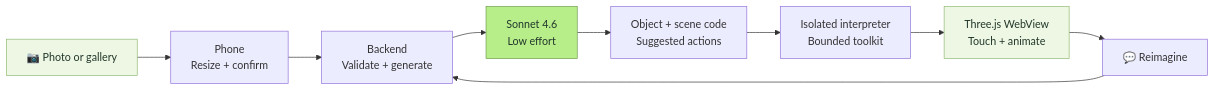
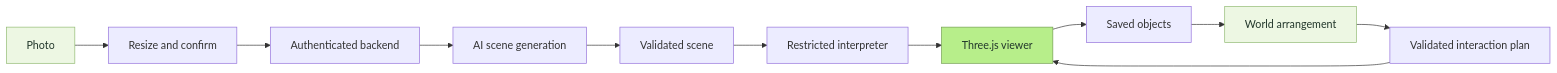
Before and after one commit to Martin-R-D/InteractiveWorld: the diagram in README.md, drawn with Mermaid. The commit also changed other lines of this file and 6 other files, not shown here.

````diff
--- a/README.md
+++ b/README.md
@@ -47,14 +148,16 @@
 ```mermaid
 flowchart LR
-    A["📷 Photo or gallery"] --> B["Phone\nResize + confirm"]
-    B --> C["Backend\nValidate + generate"]
-    C --> D["Sonnet 4.6\nLow effort"]
-    D --> E["Object + scene code\nSuggested actions"]
-    E --> F["Isolated interpreter\nBounded toolkit"]
-    F --> G["Three.js WebView\nTouch + animate"]
-    G --> H["💬 Reimagine"]
-    H --> C
+    A[Photo] --> B[Resize and confirm]
+    B --> C[Authenticated backend]
+    C --> D[AI scene generation]
+    D --> E[Validated scene]
+    E --> F[Restricted interpreter]
+    F --> G[Three.js viewer]
+    G --> H[Saved objects]
+    H --> I[World arrangement]
+    I --> J[Validated interaction plan]
+    J --> G
     style A fill:#edf7e3,stroke:#90b971,color:#22372b
-    style D fill:#b7ee8a,stroke:#709d4e,color:#22372b
-    style G fill:#edf7e3,stroke:#90b971,color:#22372b
+    style G fill:#b7ee8a,stroke:#709d4e,color:#22372b
+    style I fill:#edf7e3,stroke:#90b971,color:#22372b
 ```
````
